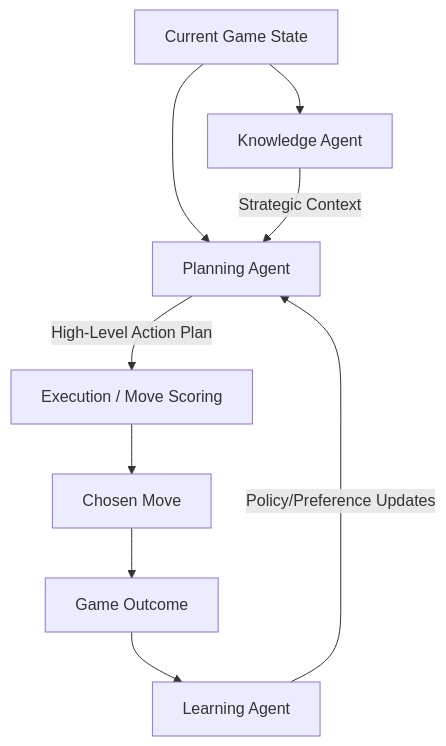
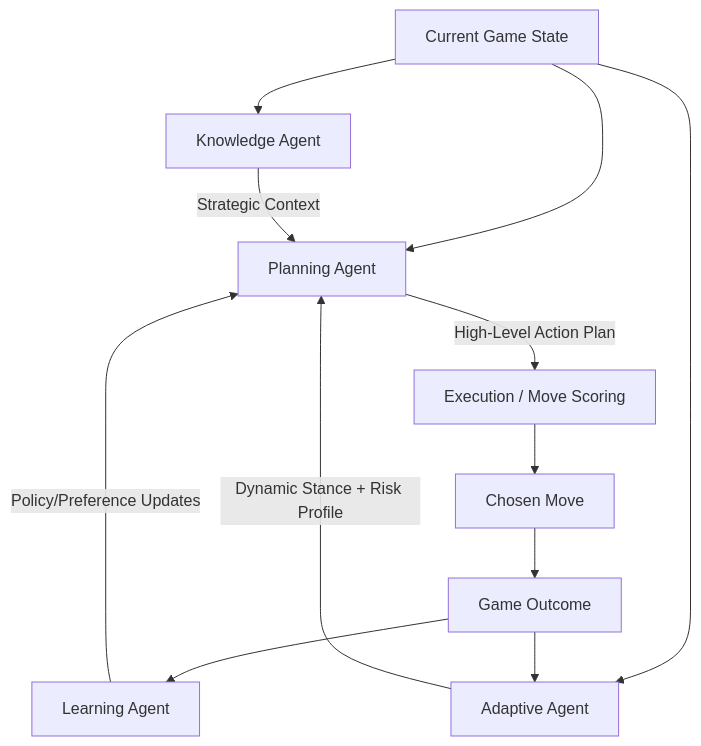
One commit to The-Outsider-97/SLAI changed the diagram in games/chronos/README.md. Above: the diagram before and after it, drawn with Mermaid. The commit also changed other lines of this file, not shown here.

````diff
--- a/games/chronos/README.md
+++ b/games/chronos/README.md
@@ -93,12 +95,15 @@
 ```mermaid
 flowchart TD
     A[Current Game State] --> B[Knowledge Agent]
-    A --> C[Planning Agent]
-    B -->|Strategic Context| C
-    C -->|High-Level Action Plan| D[Execution / Move Scoring]
-    D --> E[Chosen Move]
+    A --> C[Adaptive Agent]
+    A --> D[Planning Agent]
+    B -->|Strategic Context| D
+    C -->|Dynamic Stance + Risk Profile| D
+    D -->|High-Level Action Plan| E[Execution / Move Scoring]
+    E --> F[Chosen Move]
 
-    E --> F[Game Outcome]
-    F --> G[Learning Agent]
-    G -->|Policy/Preference Updates| C
+    F --> G[Game Outcome]
+    G --> H[Learning Agent]
+    G --> C
+    H -->|Policy/Preference Updates| D
 ```
````
